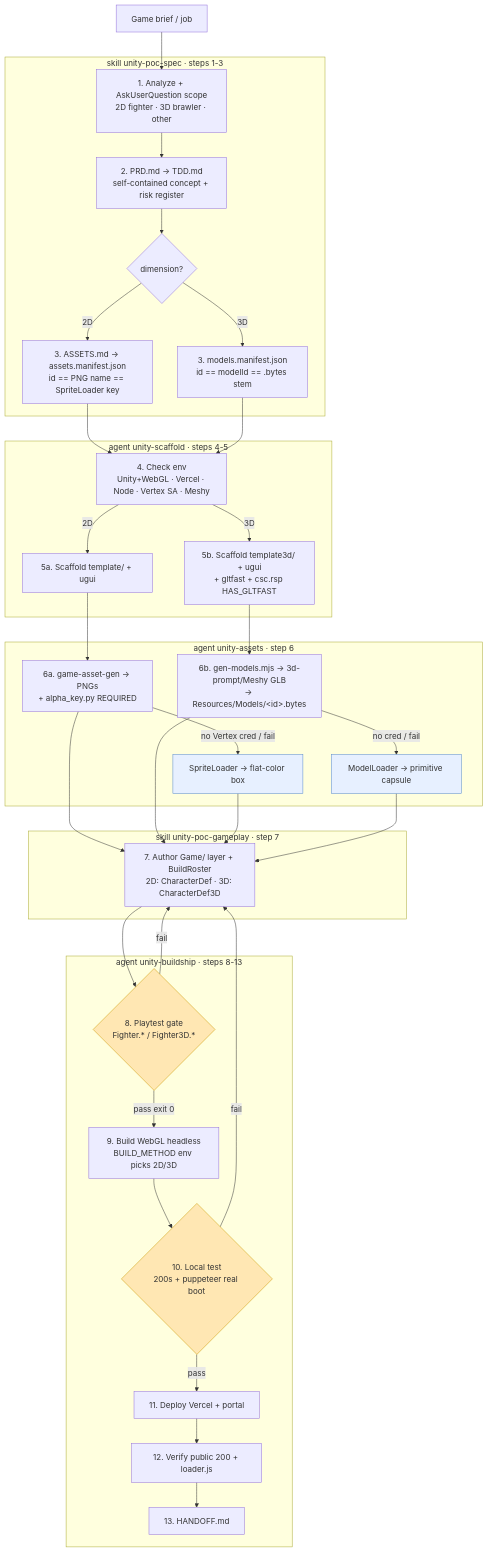
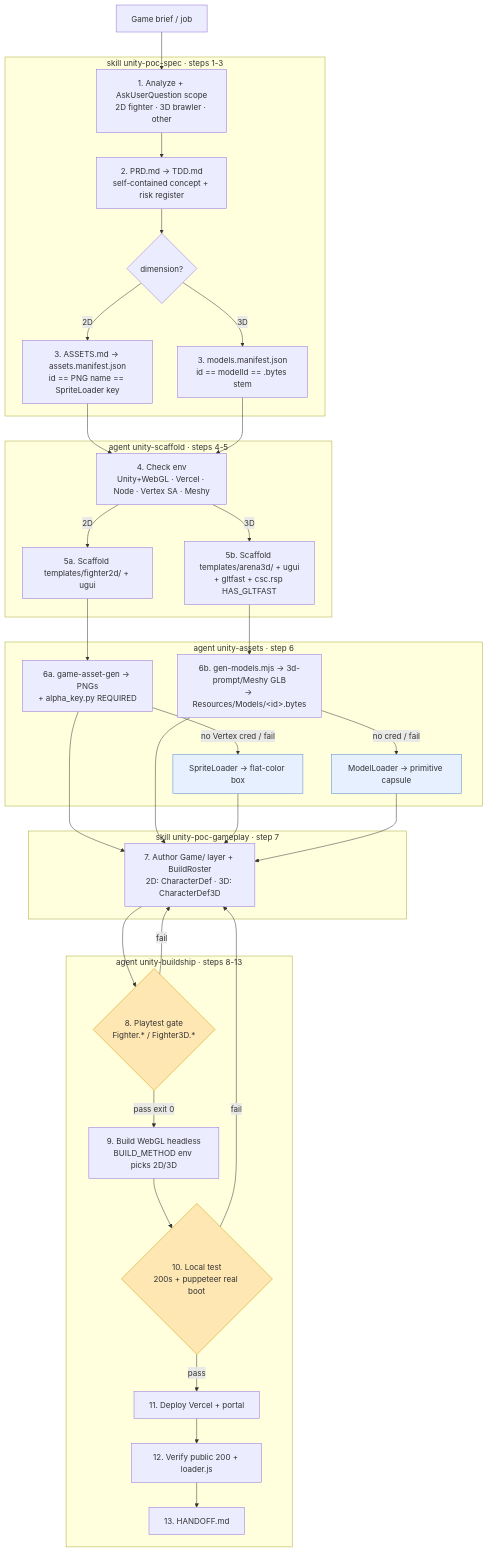
One commit to hautt-agileops/mobile-poc changed the diagram in .claude/skills/unity-poc/README.md. Above: the diagram before and after it, drawn with Mermaid. The commit also changed other lines of this file and 82 other files, not shown here.

First line of the commit message:
Add ck-plan skill, phase agents, tooling scripts; restructure unity-poc templates

````diff
--- a/.claude/skills/unity-poc/README.md
+++ b/.claude/skills/unity-poc/README.md
@@ -27,51 +27,51 @@
 ```mermaid
 flowchart TD
     A[Game brief / job] --> B
 
     subgraph S1[skill unity-poc-spec · steps 1-3]
       B[1. Analyze + AskUserQuestion scope<br/>2D fighter · 3D brawler · other] --> C[2. PRD.md → TDD.md<br/>self-contained concept + risk register]
       C --> D{dimension?}
       D -->|2D| D2[3. ASSETS.md → assets.manifest.json<br/>id == PNG name == SpriteLoader key]
       D -->|3D| D3[3. models.manifest.json<br/>id == modelId == .bytes stem]
     end
 
     subgraph S2[agent unity-scaffold · steps 4-5]
-      E[4. Check env<br/>Unity+WebGL · Vercel · Node · Vertex SA · Meshy] -->|2D| F2[5a. Scaffold template/ + ugui]
-      E -->|3D| F3[5b. Scaffold template3d/ + ugui<br/>+ gltfast + csc.rsp HAS_GLTFAST]
+      E[4. Check env<br/>Unity+WebGL · Vercel · Node · Vertex SA · Meshy] -->|2D| F2[5a. Scaffold templates/fighter2d/ + ugui]
+      E -->|3D| F3[5b. Scaffold templates/arena3d/ + ugui<br/>+ gltfast + csc.rsp HAS_GLTFAST]
     end
 
     subgraph S3[agent unity-assets · step 6]
       G2[6a. game-asset-gen → PNGs<br/>+ alpha_key.py REQUIRED]
       G3[6b. gen-models.mjs → 3d-prompt/Meshy GLB<br/>→ Resources/Models/&lt;id&gt;.bytes]
       G2 -->|no Vertex cred / fail| Gf2[SpriteLoader → flat-color box]
       G3 -->|no cred / fail| Gf3[ModelLoader → primitive capsule]
     end
 
     subgraph S4[skill unity-poc-gameplay · step 7]
       H[7. Author Game/ layer + BuildRoster<br/>2D: CharacterDef · 3D: CharacterDef3D]
     end
 
     subgraph S5[agent unity-buildship · steps 8-13]
       I{8. Playtest gate<br/>Fighter.* / Fighter3D.*}
       I -->|pass exit 0| J[9. Build WebGL headless<br/>BUILD_METHOD env picks 2D/3D]
       J --> K{10. Local test<br/>200s + puppeteer real boot}
       K -->|pass| L[11. Deploy Vercel + portal] --> M[12. Verify public 200 + loader.js] --> N[13. HANDOFF.md]
     end
 
     D2 --> E
     D3 --> E
     F2 --> G2
     F3 --> G3
     G2 --> H
     G3 --> H
     Gf2 --> H
     Gf3 --> H
     H --> I
     I -->|fail| H
     K -->|fail| H
 
     style I fill:#ffe7b3,stroke:#cc9a00
     style K fill:#ffe7b3,stroke:#cc9a00
     style Gf2 fill:#e7f0ff,stroke:#5588cc
     style Gf3 fill:#e7f0ff,stroke:#5588cc
 ```
````
